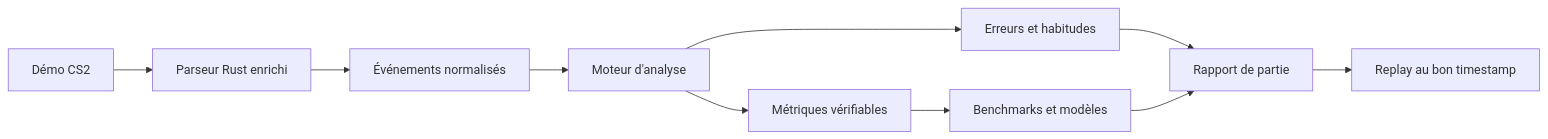
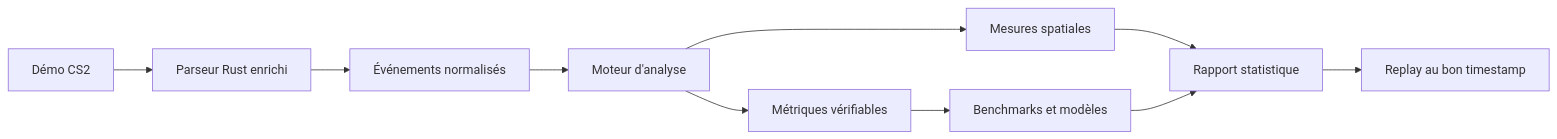
The diagram in README.md (Lakav/RoundLab), drawn with Mermaid before and after one commit. The commit also changed other lines of this file and 33 other files, not shown here.

````diff
--- a/README.md
+++ b/README.md
@@ -99,12 +132,12 @@
 ```mermaid
 flowchart LR
     A["Démo CS2"] --> B["Parseur Rust enrichi"]
     B --> C["Événements normalisés"]
     C --> D["Moteur d'analyse"]
     D --> E["Métriques vérifiables"]
-    D --> F["Erreurs et habitudes"]
+    D --> F["Mesures spatiales"]
     E --> G["Benchmarks et modèles"]
-    F --> H["Rapport de partie"]
+    F --> H["Rapport statistique"]
     G --> H
     H --> I["Replay au bon timestamp"]
 ```
````
